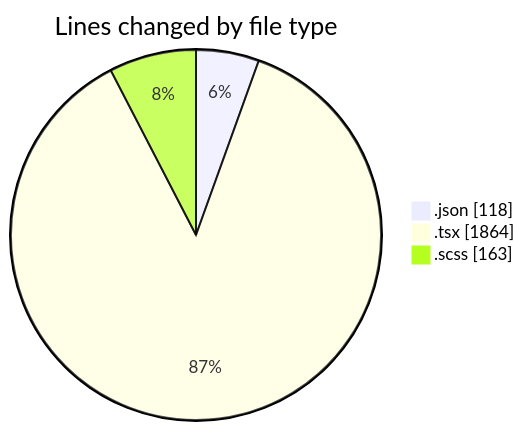
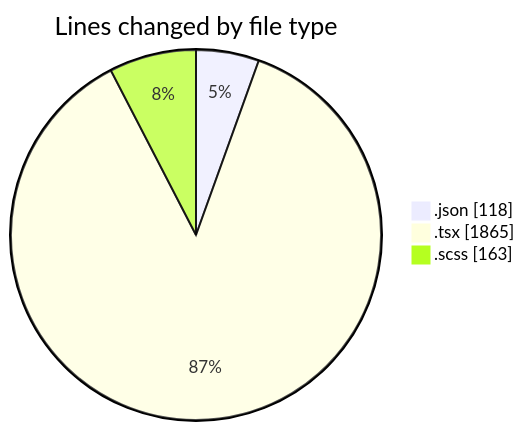
One commit to momahboobian/code-tracking changed the first of 2 diagrams in 2025-11-19/cda/README.md. Above: the diagram before and after it, drawn with Mermaid. The commit also changed other lines of this file and 1 other file, not shown here.

````diff
--- a/2025-11-19/cda/README.md
+++ b/2025-11-19/cda/README.md
@@ -23,7 +23,7 @@
 ```mermaid
 pie showData
 title Lines changed by file type
 ".json" : 118
-".tsx" : 1864
+".tsx" : 1865
 ".scss" : 163
 ```
````
